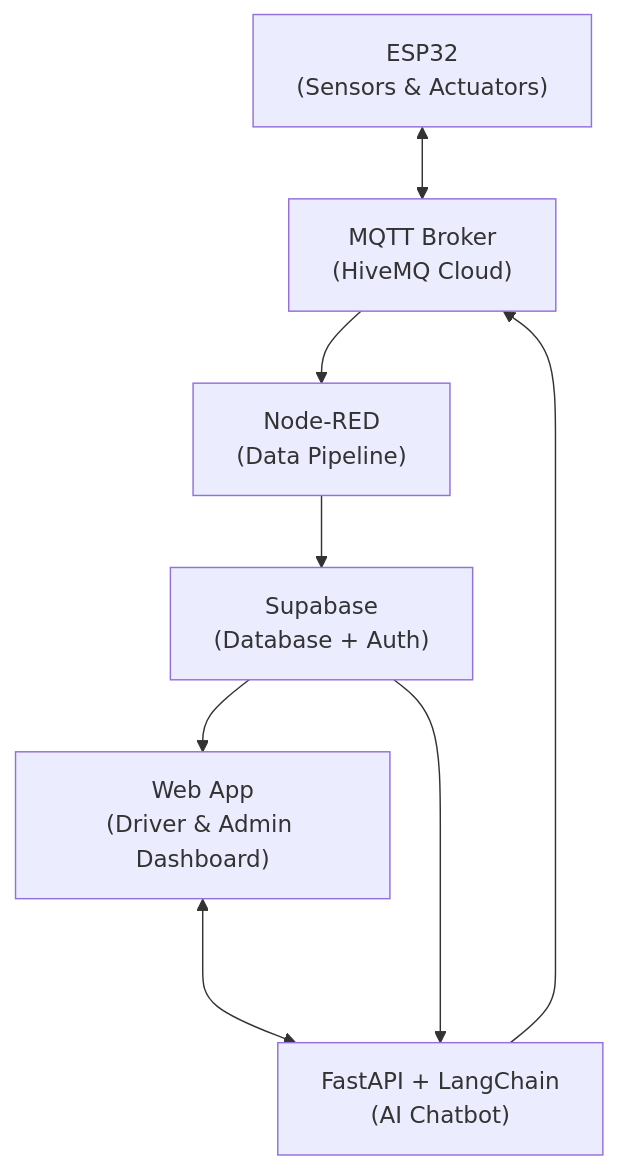
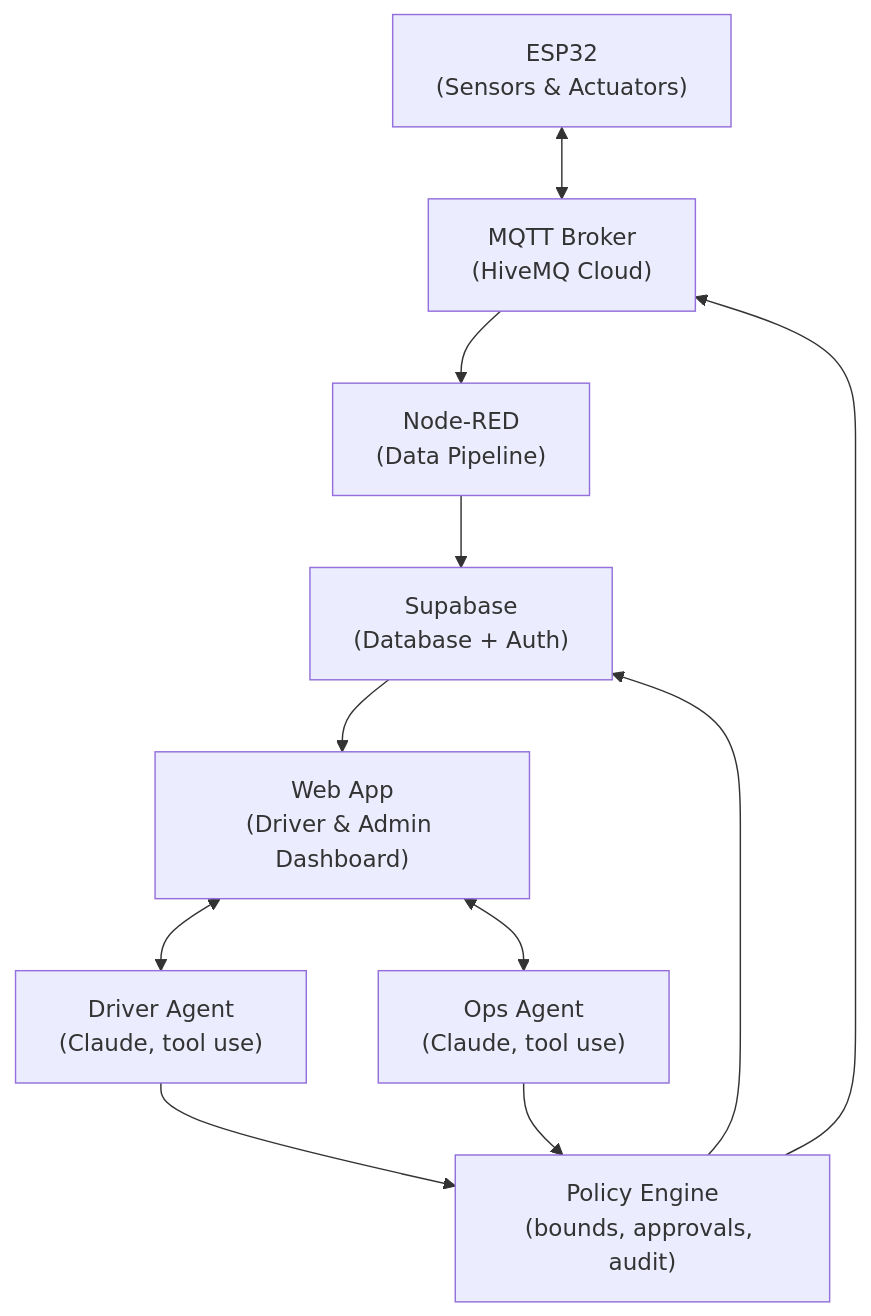
Before and after one commit to 1HPdhruv/Smart_Parking_System: the diagram in README.md, drawn with Mermaid. The commit also changed other lines of this file, not shown here.

````diff
--- a/README.md
+++ b/README.md
@@ -141,10 +155,13 @@
 ```mermaid
 flowchart TB
     ESP32["ESP32\n(Sensors & Actuators)"] <--> MQTT["MQTT Broker\n(HiveMQ Cloud)"]
     MQTT --> NodeRED["Node-RED\n(Data Pipeline)"]
     NodeRED --> Supabase["Supabase\n(Database + Auth)"]
     Supabase --> WebApp["Web App\n(Driver & Admin Dashboard)"]
-    WebApp <---> FastAPI["FastAPI + LangChain\n(AI Chatbot)"]
-    FastAPI --> MQTT
-    Supabase --> FastAPI
+    WebApp <--> DriverAgent["Driver Agent\n(Claude, tool use)"]
+    WebApp <--> OpsAgent["Ops Agent\n(Claude, tool use)"]
+    DriverAgent --> Policy["Policy Engine\n(bounds, approvals, audit)"]
+    OpsAgent --> Policy
+    Policy --> MQTT
+    Policy --> Supabase
 ```
````
